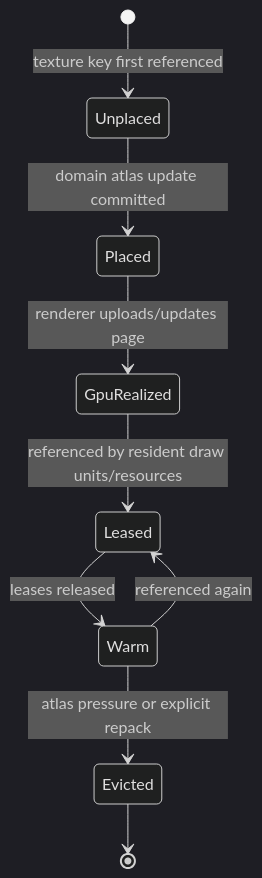
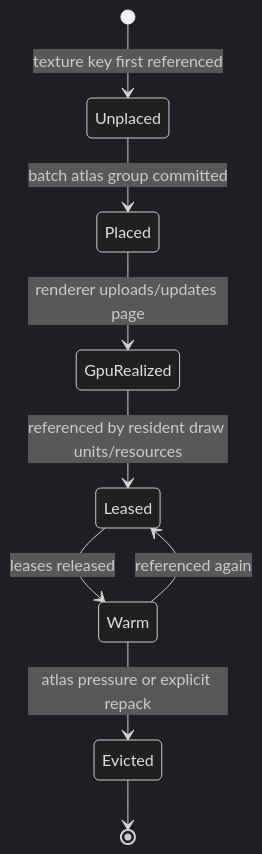
Before and after one commit to merklejerk/holtburger: diagram 15 of 22 in docs/plans/holtburger-3d-frontend-v2-design.md, drawn with Mermaid (dark theme). The commit also changed other lines of this file and 7 other files, not shown here.

````diff
--- a/docs/plans/holtburger-3d-frontend-v2-design.md
+++ b/docs/plans/holtburger-3d-frontend-v2-design.md
@@ -1001,11 +1005,11 @@
 ```mermaid
 stateDiagram-v2
   [*] --> Unplaced: texture key first referenced
-  Unplaced --> Placed: domain atlas update committed
+  Unplaced --> Placed: batch atlas group committed
   Placed --> GpuRealized: renderer uploads/updates page
   GpuRealized --> Leased: referenced by resident draw units/resources
   Leased --> Warm: leases released
   Warm --> Leased: referenced again
   Warm --> Evicted: atlas pressure or explicit repack
   Evicted --> [*]
 ```
````
